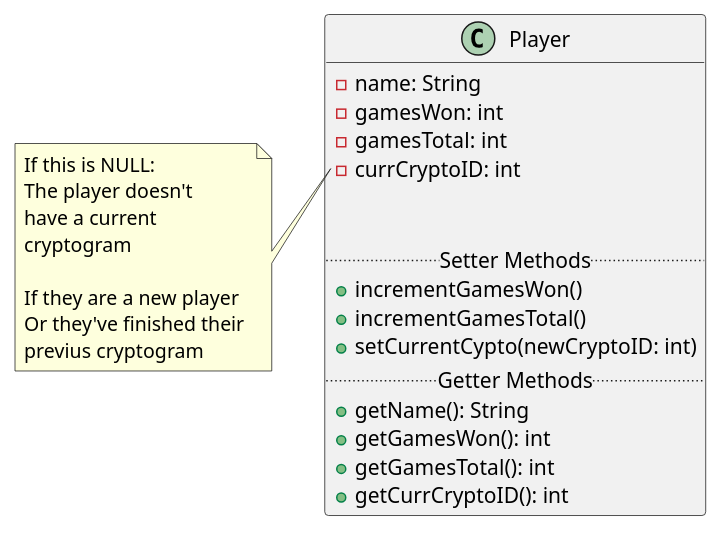
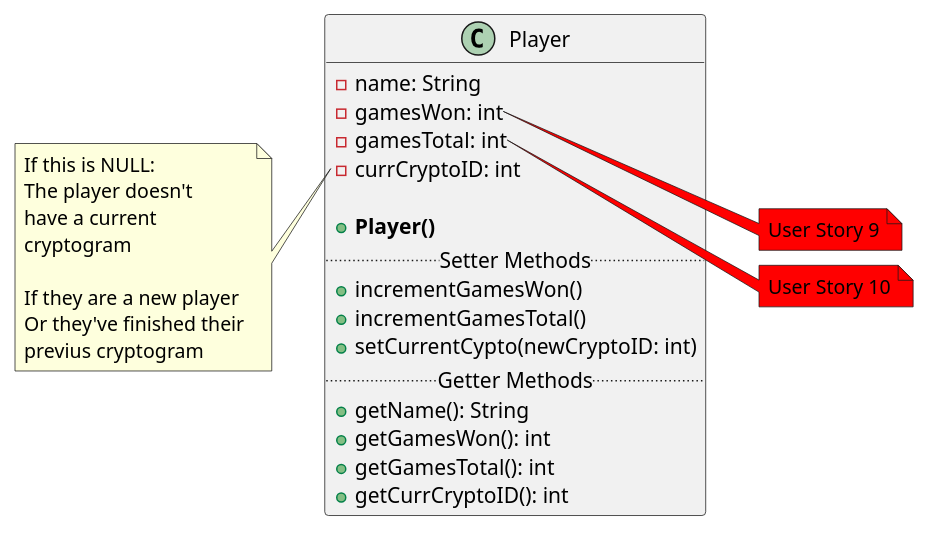
The diagram in Class-Diagrams/src/user.puml (finlaysr/CS207-Cryptograms), drawn with PlantUML before and after one commit. The commit also changed 4 other files, not shown here.

Commit message:
Finished Class Diagrams and added lots of notes

```diff
--- a/Class-Diagrams/src/user.puml
+++ b/Class-Diagrams/src/user.puml
@@ -1,29 +1,38 @@
 @startuml
 class Player {
     - name: String
     - gamesWon: int
     - gamesTotal: int
     - currCryptoID: int
 
-    
+    + **Player()**
     ..Setter Methods..
     + incrementGamesWon() 
     + incrementGamesTotal()
     + setCurrentCypto(newCryptoID: int)
     ..Getter Methods..
     + getName(): String
     + getGamesWon(): int
     + getGamesTotal(): int
     + getCurrCryptoID(): int
 }
+
 note left of Player::currCryptoID
  If this is NULL:
  The player doesn't 
  have a current 
  cryptogram
 
  If they are a new player
  Or they've finished their 
  previus cryptogram
 end note
+
+note right of Player::gamesWon #red
+    User Story 9
+end note
+note right of Player::gamesTotal #red
+    User Story 10
+end note
+
 @enduml
```
